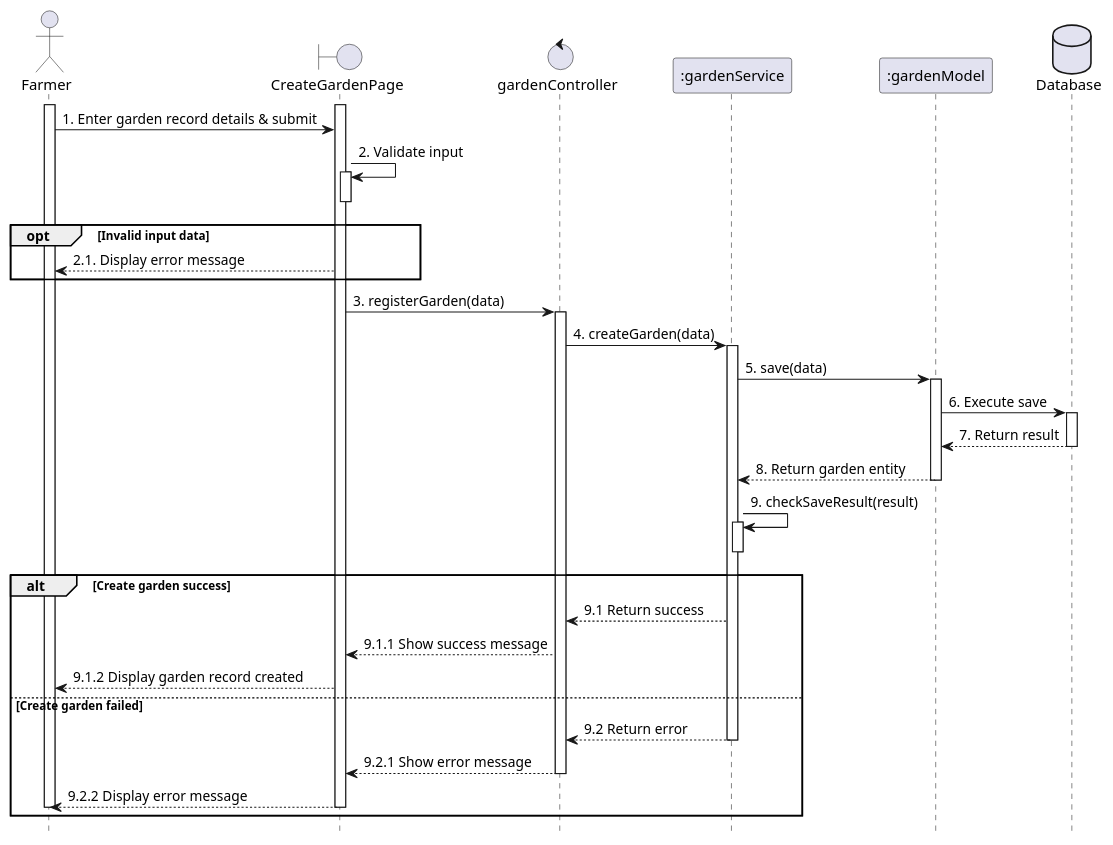
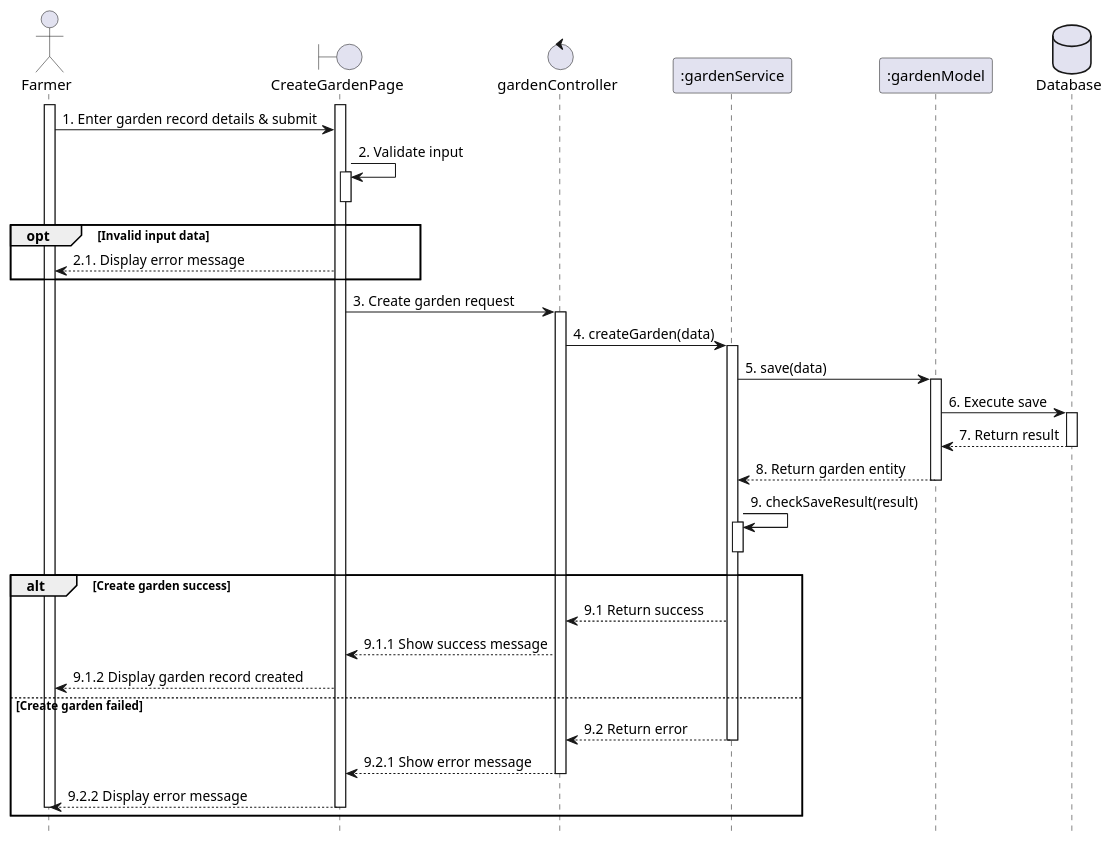
One commit to VietDurian/VietDurian changed the diagram in planuml/web/141_createGarden.puml. Above: the diagram before and after it, drawn with PlantUML. The commit also changed 33 other files, not shown here.

```diff
--- a/planuml/web/141_createGarden.puml
+++ b/planuml/web/141_createGarden.puml
@@ -1,52 +1,52 @@
 @startuml 141 createGarden
 skinparam shadowing false
 skinparam sequenceArrowThickness 1
 hide footbox
 
 actor Farmer 
 boundary CreateGardenPage as UI 
 control gardenController as Controller 
 participant ":gardenService" as Service 
 participant ":gardenModel" as Model 
 database Database as DB 
 
 activate Farmer
 activate UI
 Farmer -> UI : 1. Enter garden record details & submit
 UI -> UI : 2. Validate input
 activate UI
 deactivate UI
 opt Invalid input data
     UI --> Farmer : 2.1. Display error message
 end
 
-UI -> Controller : 3. registerGarden(data)
+UI -> Controller : 3. Create garden request
 activate Controller
 
 Controller -> Service : 4. createGarden(data)
 activate Service
 Service -> Model : 5. save(data)
 activate Model
 Model -> DB : 6. Execute save
 activate DB
 DB --> Model : 7. Return result
 deactivate DB
 Model --> Service : 8. Return garden entity
 deactivate Model
 Service -> Service : 9. checkSaveResult(result)
 activate Service
 deactivate Service
 alt Create garden success
     Service --> Controller : 9.1 Return success
     Controller --> UI : 9.1.1 Show success message
     UI --> Farmer : 9.1.2 Display garden record created
 else Create garden failed
     Service --> Controller : 9.2 Return error
     deactivate Service
     Controller --> UI : 9.2.1 Show error message
     deactivate Controller
     UI --> Farmer : 9.2.2 Display error message
     deactivate UI
     deactivate Farmer
 end
 @enduml
```
